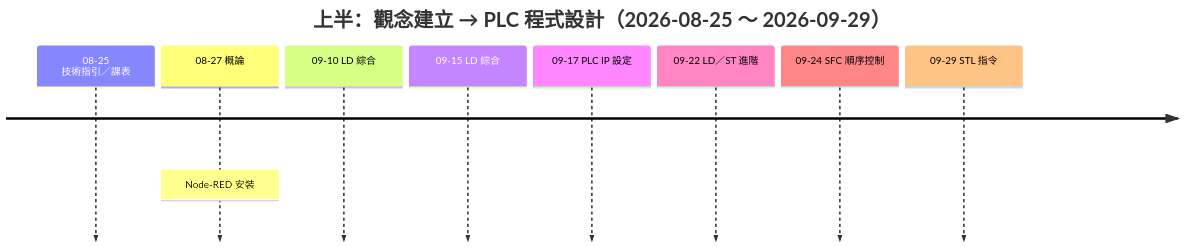
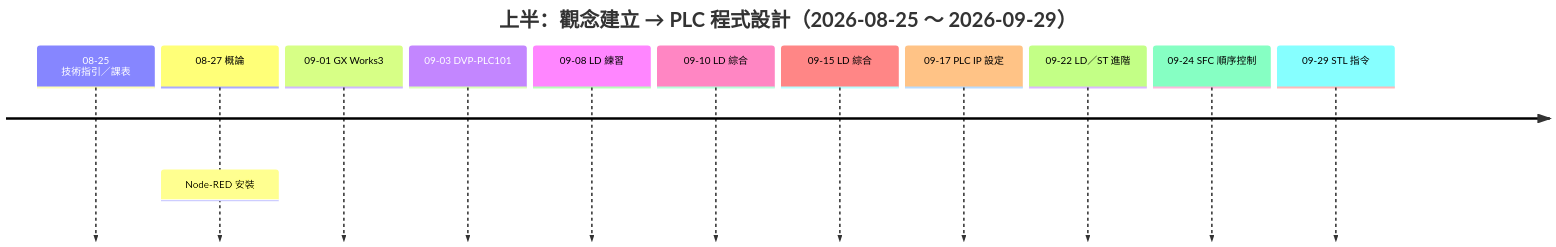
Before and after one commit to yd7148/INDUSTRY-4.0: the fourth of 6 diagrams in README.md, drawn with Mermaid. The commit also changed other lines of this file and 2 other files, not shown here.

First line of the commit message:
Update README, course map and timeline for Class-24

````diff
--- a/README.md
+++ b/README.md
@@ -187,13 +199,16 @@
 ```mermaid
 timeline
     title 上半：觀念建立 → PLC 程式設計（2026-08-25 ～ 2026-09-29）
     08-25 技術指引／課表
     08-27 概論
         : Node-RED 安裝
+    09-01 GX Works3
+    09-03 DVP-PLC101
+    09-08 LD 練習
     09-10 LD 綜合
     09-15 LD 綜合
     09-17 PLC IP 設定
     09-22 LD／ST 進階
     09-24 SFC 順序控制
     09-29 STL 指令
 ```
````
